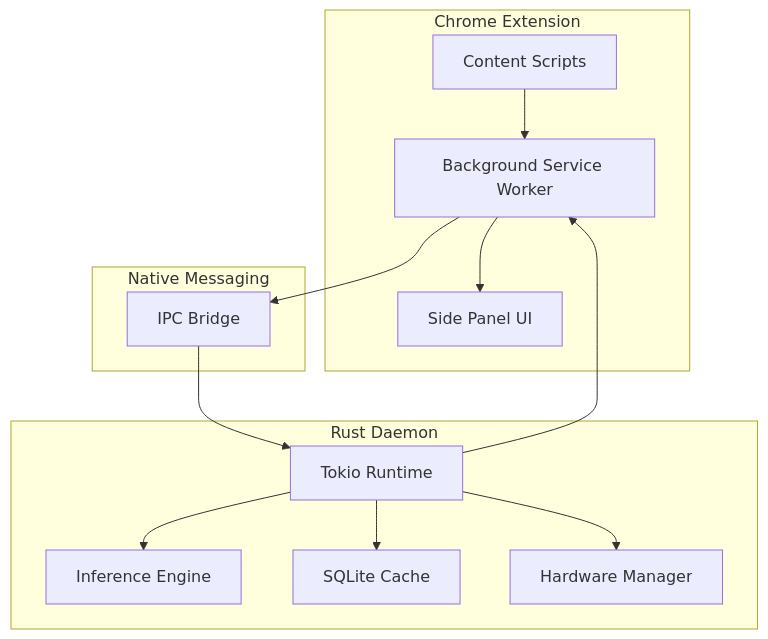
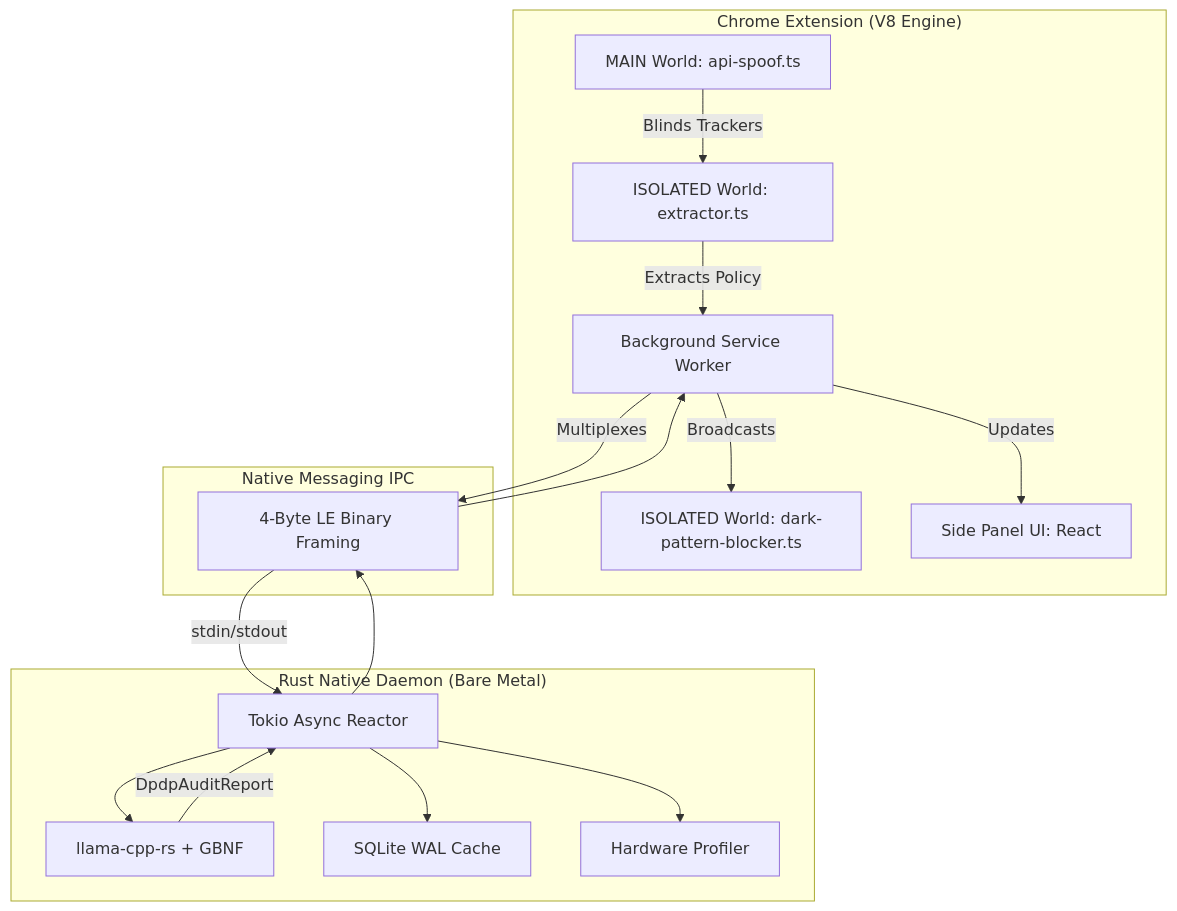
Before and after one commit to priyanshu-ogdev/Ssense: the diagram in README.md, drawn with Mermaid. The commit also changed other lines of this file and 6 other files, not shown here.

Commit message:
chore: Added docs and fixed schema

````diff
--- a/README.md
+++ b/README.md
@@ -45,28 +43,34 @@
 ```mermaid
 graph TD
-    subgraph Chrome Extension
-        A[Content Scripts]
+    subgraph "Chrome Extension (V8 Engine)"
+        A1[MAIN World: api-spoof.ts]
+        A2[ISOLATED World: extractor.ts]
+        A3[ISOLATED World: dark-pattern-blocker.ts]
         B[Background Service Worker]
-        C[Side Panel UI]
+        C[Side Panel UI: React]
     end
 
-    subgraph Native Messaging
-        D[IPC Bridge]
+    subgraph "Native Messaging IPC"
+        D[4-Byte LE Binary Framing]
     end
 
-    subgraph Rust Daemon
-        E[Tokio Runtime]
-        F[Inference Engine]
-        G[SQLite Cache]
-        H[Hardware Manager]
+    subgraph "Rust Native Daemon (Bare Metal)"
+        E[Tokio Async Reactor]
+        F[llama-cpp-rs + GBNF]
+        G[SQLite WAL Cache]
+        H[Hardware Profiler]
     end
 
-    A --> B
-    B --> D
-    D --> E
+    A1 -->|Blinds Trackers| A2
+    A2 -->|Extracts Policy| B
+    B -->|Multiplexes| D
+    D -->|stdin/stdout| E
     E --> F
     E --> G
     E --> H
-    E --> B
-    B --> C
+    F -->|DpdpAuditReport| E
+    E --> D
+    D --> B
+    B -->|Broadcasts| A3
+    B -->|Updates| C
 ```
````
